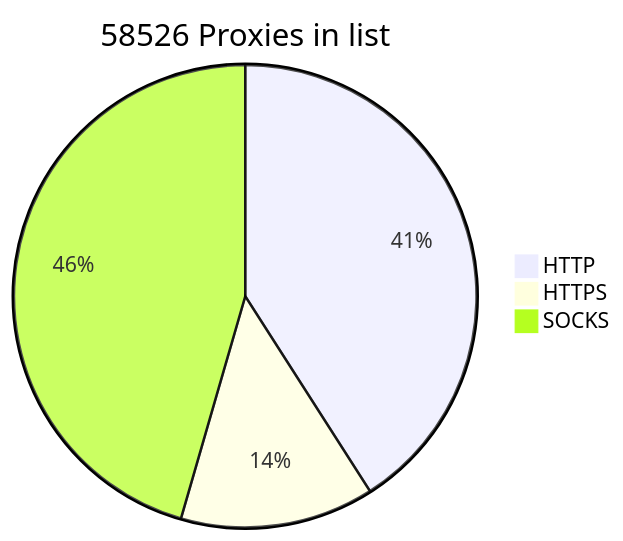
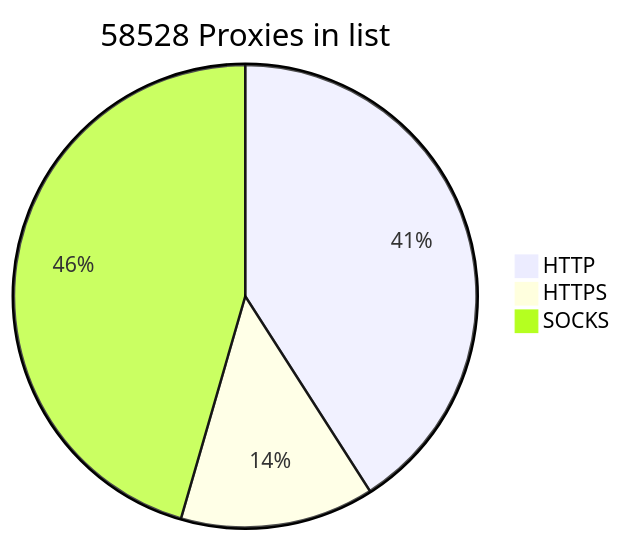
The diagram in README.md (BlackSnowDot/proxylist-update-every-minute), drawn with Mermaid before and after one commit.

````diff
--- a/README.md
+++ b/README.md
@@ -2,6 +2,6 @@
 ```mermaid
-pie title 58526 Proxies in list
+pie title 58528 Proxies in list
     "HTTP" : 27011
     "HTTPS": 8936
-    "SOCKS" : 30032
+    "SOCKS" : 30034
 ```
````
